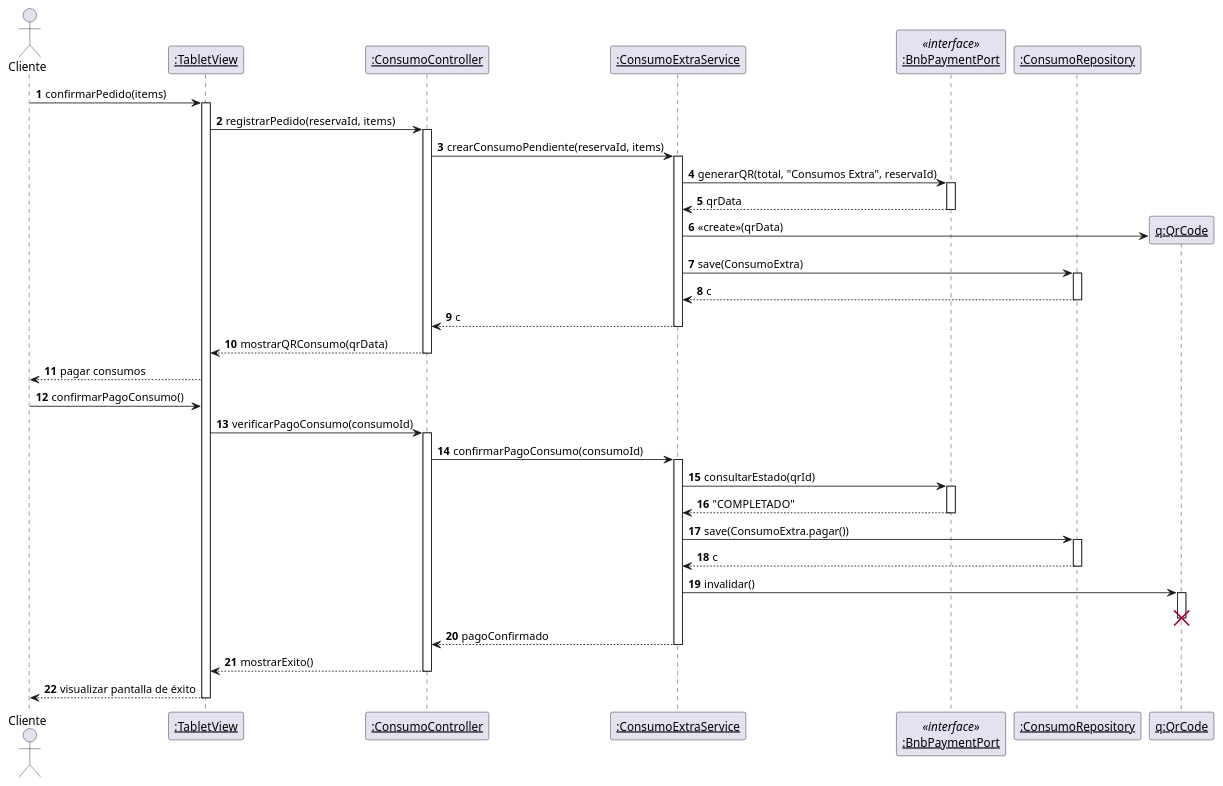
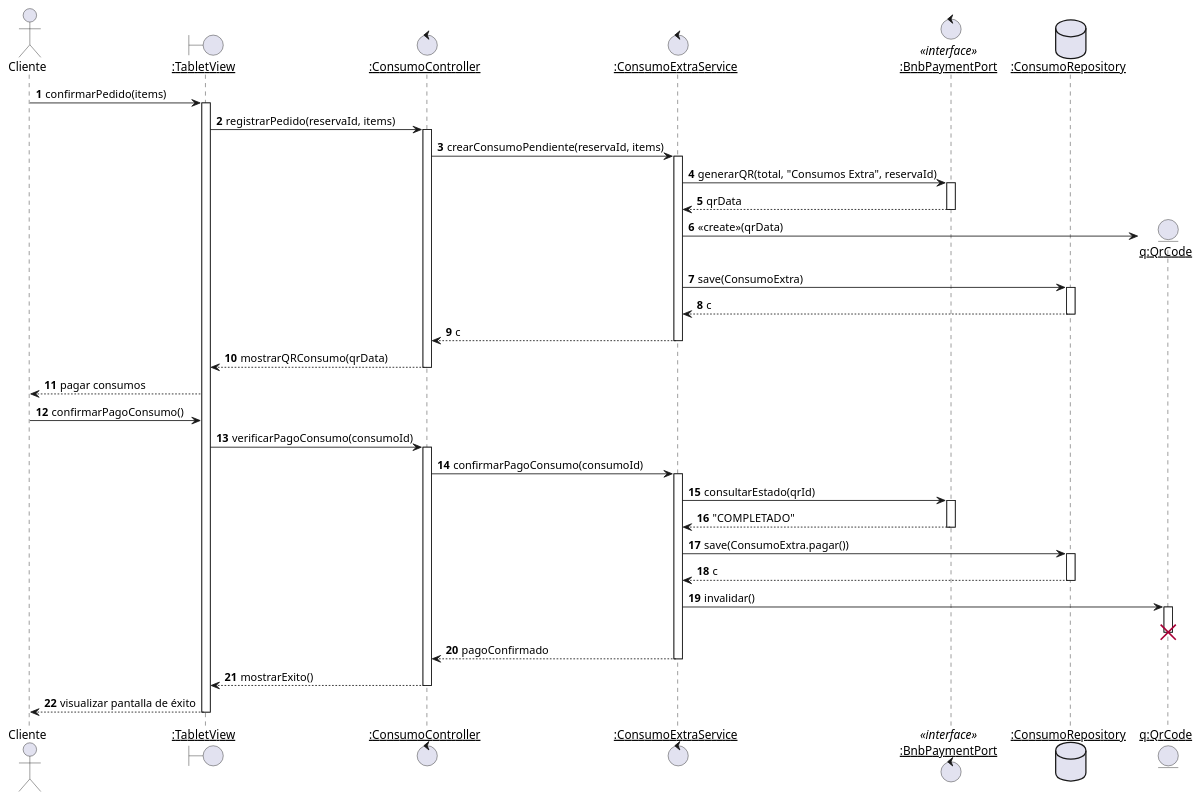
Diagram 28 of 36 in RefactorV4.md (Tsmrain/GestionSistemas), drawn with PlantUML before and after one commit. The commit also changed other lines of this file, not shown here.

Commit message:
refactor: standardize plantuml diagrams using boundary, control, entity, and database stereotypes

````diff
--- a/RefactorV4.md
+++ b/RefactorV4.md
@@ -1347,57 +1347,57 @@
 ```plantuml
 @startuml
 autonumber
 actor Cliente
-participant "<u>:TabletView</u>" as View
-participant "<u>:ConsumoController</u>" as Ctrl
-participant "<u>:ConsumoExtraService</u>" as Serv
-participant "<u>:BnbPaymentPort</u>" as BNB <<interface>>
-participant "<u>:ConsumoRepository</u>" as Repo
+boundary "<u>:TabletView</u>" as View
+control "<u>:ConsumoController</u>" as Ctrl
+control "<u>:ConsumoExtraService</u>" as Serv
+control "<u>:BnbPaymentPort</u>" as BNB <<interface>>
+database "<u>:ConsumoRepository</u>" as Repo
 
 Cliente -> View : confirmarPedido(items)
 activate View
 View -> Ctrl : registrarPedido(reservaId, items)
 activate Ctrl
 Ctrl -> Serv : crearConsumoPendiente(reservaId, items)
 activate Serv
 Serv -> BNB : generarQR(total, "Consumos Extra", reservaId)
 activate BNB
 BNB --> Serv : qrData
 deactivate BNB
-create participant "<u>q:QrCode</u>" as QR
+create entity "<u>q:QrCode</u>" as QR
 Serv -> QR : <<create>>(qrData)
 Serv -> Repo : save(ConsumoExtra)
 activate Repo
 Repo --> Serv : c
 deactivate Repo
 Serv --> Ctrl : c
 deactivate Serv
 Ctrl --> View : mostrarQRConsumo(qrData)
 deactivate Ctrl
 View --> Cliente : pagar consumos
 
 Cliente -> View : confirmarPagoConsumo()
 View -> Ctrl : verificarPagoConsumo(consumoId)
 activate Ctrl
 Ctrl -> Serv : confirmarPagoConsumo(consumoId)
 activate Serv
 Serv -> BNB : consultarEstado(qrId)
 activate BNB
 BNB --> Serv : "COMPLETADO"
 deactivate BNB
 Serv -> Repo : save(ConsumoExtra.pagar())
 activate Repo
 Repo --> Serv : c
 deactivate Repo
 Serv -> QR : invalidar()
 activate QR
 deactivate QR
 destroy QR
 Serv --> Ctrl : pagoConfirmado
 deactivate Serv
 Ctrl --> View : mostrarExito()
 deactivate Ctrl
 View --> Cliente : visualizar pantalla de éxito
 deactivate View
 @enduml
 ```
````
